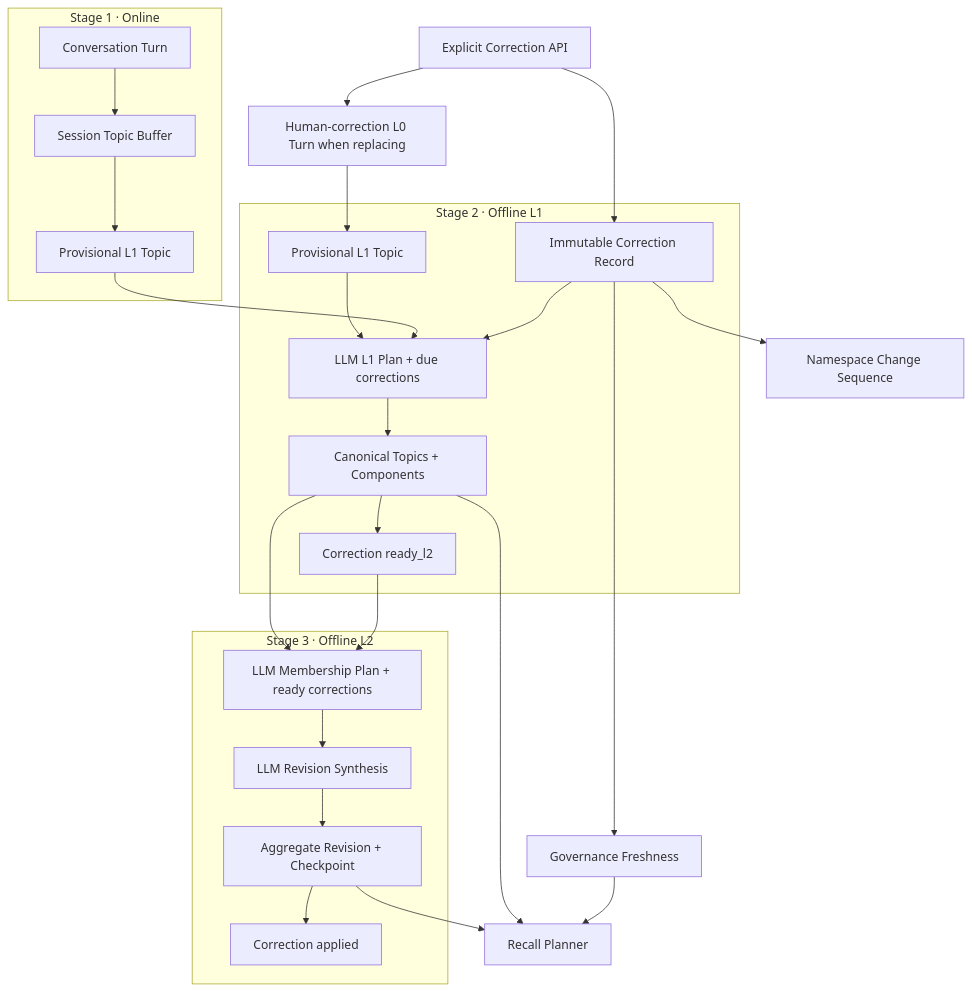
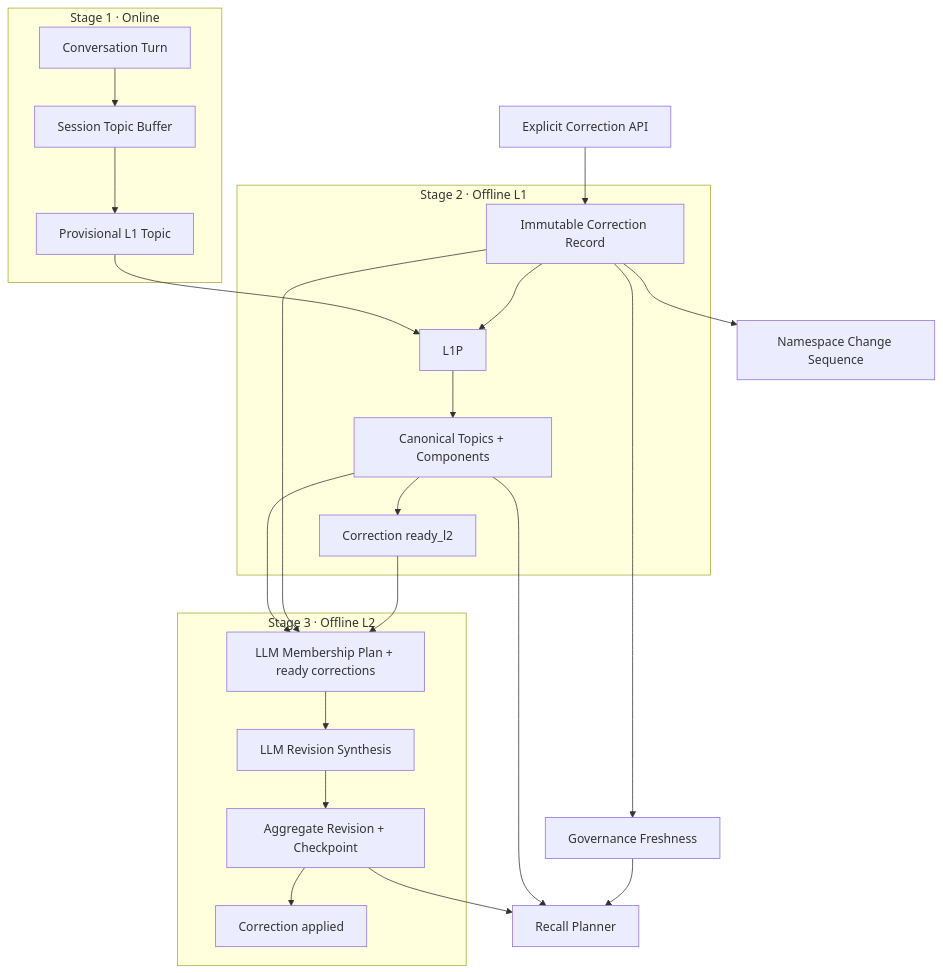
The diagram in docs/superpowers/specs/2026-07-07-memory-governance-reconciliation-design.md (hdonLiu/oh-my-memory), drawn with Mermaid before and after one commit. The commit also changed other lines of this file, not shown here.

Commit message:
docs: model corrections as first-class evidence

````diff
--- a/docs/superpowers/specs/2026-07-07-memory-governance-reconciliation-design.md
+++ b/docs/superpowers/specs/2026-07-07-memory-governance-reconciliation-design.md
@@ -66,33 +66,31 @@
 ```mermaid
 flowchart TD
   C["Explicit Correction API"] --> CR["Immutable Correction Record"]
-  C --> CT["Human-correction L0 Turn when replacing"]
-  CT --> PT["Provisional L1 Topic"]
   CR --> NC["Namespace Change Sequence"]
 
   subgraph Online["Stage 1 · Online"]
     T["Conversation Turn"] --> B["Session Topic Buffer"]
     B --> PT2["Provisional L1 Topic"]
   end
 
   subgraph L1Job["Stage 2 · Offline L1"]
-    PT --> L1P["LLM L1 Plan + due corrections"]
     PT2 --> L1P
     CR --> L1P
     L1P --> L1C["Canonical Topics + Components"]
     L1C --> READY["Correction ready_l2"]
   end
 
   subgraph L2Job["Stage 3 · Offline L2"]
     L1C --> L2P["LLM Membership Plan + ready corrections"]
+    CR --> L2P
     READY --> L2P
     L2P --> L2S["LLM Revision Synthesis"]
     L2S --> L2C["Aggregate Revision + Checkpoint"]
     L2C --> APPLIED["Correction applied"]
   end
 
   L2C --> R["Recall Planner"]
   L1C --> R
   CR --> F["Governance Freshness"]
   F --> R
 ```
````
